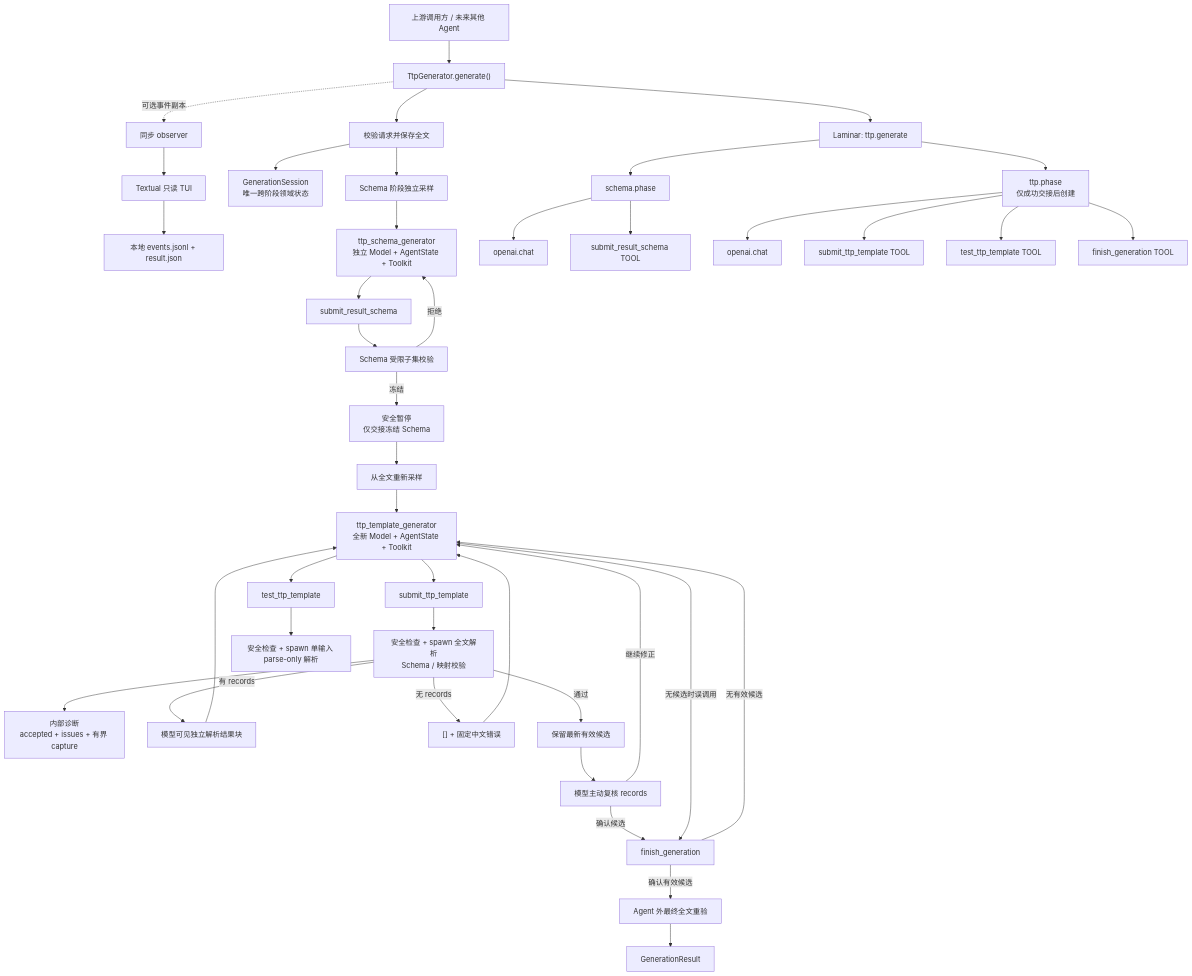
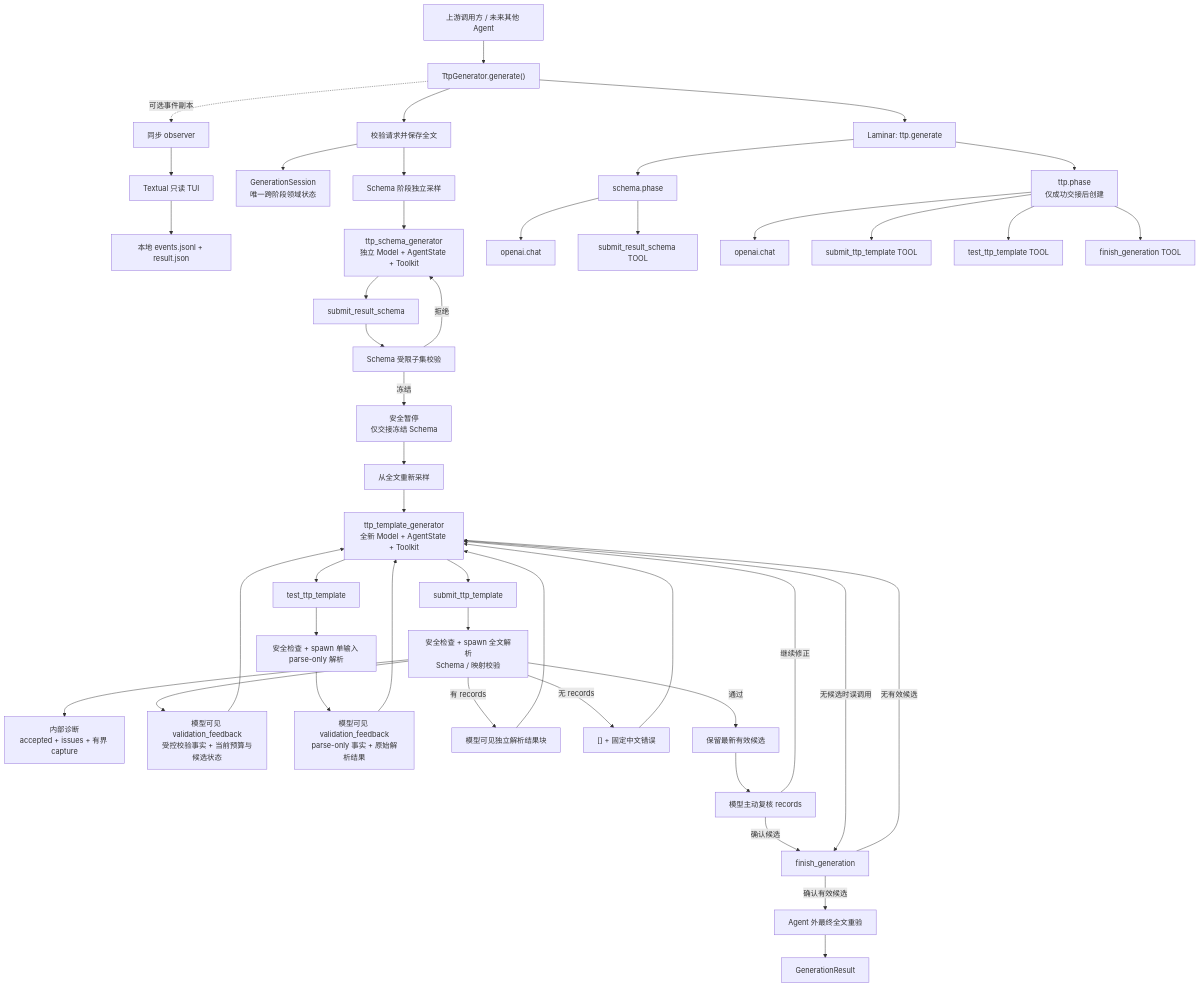
Before and after one commit to Madolkke/cli-parser: the diagram in docs/agent-architecture-and-runtime.md, drawn with Mermaid. The commit also changed other lines of this file and 11 other files, not shown here.

Commit message:
feat(ttp): add bounded validation feedback

````diff
--- a/docs/agent-architecture-and-runtime.md
+++ b/docs/agent-architecture-and-runtime.md
@@ -11,46 +11,50 @@
 ```mermaid
 flowchart TD
     U["上游调用方 / 未来其他 Agent"] --> API["TtpGenerator.generate()"]
     API --> REQ["校验请求并保存全文"]
     API --> ROOT["Laminar: ttp.generate"]
     API -. "可选事件副本" .-> OBS["同步 observer"]
     OBS --> TUI["Textual 只读 TUI"]
     TUI --> LOCAL["本地 events.jsonl + result.json"]
 
     REQ --> SESSION["GenerationSession<br/>唯一跨阶段领域状态"]
     REQ --> SSAMPLE["Schema 阶段独立采样"]
     SSAMPLE --> SAGENT["ttp_schema_generator<br/>独立 Model + AgentState + Toolkit"]
     SAGENT --> STOOL["submit_result_schema"]
     STOOL --> SVALIDATE["Schema 受限子集校验"]
     SVALIDATE -->|拒绝| SAGENT
     SVALIDATE -->|冻结| HANDOFF["安全暂停<br/>仅交接冻结 Schema"]
 
     HANDOFF --> TSAMPLE["从全文重新采样"]
     TSAMPLE --> TAGENT["ttp_template_generator<br/>全新 Model + AgentState + Toolkit"]
     TAGENT --> TTOOL["submit_ttp_template"]
     TAGENT --> XTOOL["test_ttp_template"]
     TTOOL --> TVALIDATE["安全检查 + spawn 全文解析<br/>Schema / 映射校验"]
     XTOOL --> XVALIDATE["安全检查 + spawn 单输入 parse-only 解析"]
     TVALIDATE --> DIAGNOSTIC["内部诊断<br/>accepted + issues + 有界 capture"]
+    TVALIDATE --> FEEDBACK["模型可见 validation_feedback<br/>受控校验事实 + 当前预算与候选状态"]
+    XVALIDATE --> XFEEDBACK["模型可见 validation_feedback<br/>parse-only 事实 + 原始解析结果"]
+    FEEDBACK --> TAGENT
+    XFEEDBACK --> TAGENT
     TVALIDATE -->|有 records| MATCH["模型可见独立解析结果块"]
     TVALIDATE -->|无 records| EMPTY["[] + 固定中文错误"]
     MATCH --> TAGENT
     EMPTY --> TAGENT
     TVALIDATE -->|通过| CANDIDATE["保留最新有效候选"]
     CANDIDATE --> REVIEW["模型主动复核 records"]
     REVIEW -->|继续修正| TAGENT
     REVIEW -->|确认候选| FTOOL["finish_generation"]
     TAGENT -->|无候选时误调用| FTOOL
     FTOOL -->|无有效候选| TAGENT
     FTOOL -->|确认有效候选| FINAL["Agent 外最终全文重验"]
     FINAL --> RESULT["GenerationResult"]
 
     ROOT --> SPHASE["schema.phase"]
     SPHASE --> SLLM["openai.chat"]
     SPHASE --> STOOLSPAN["submit_result_schema TOOL"]
     ROOT --> TPHASE["ttp.phase<br/>仅成功交接后创建"]
     TPHASE --> TLLM["openai.chat"]
     TPHASE --> TTOOLSPAN["submit_ttp_template TOOL"]
     TPHASE --> XTOOLSPAN["test_ttp_template TOOL"]
     TPHASE --> FTOOLSPAN["finish_generation TOOL"]
 ```
````
